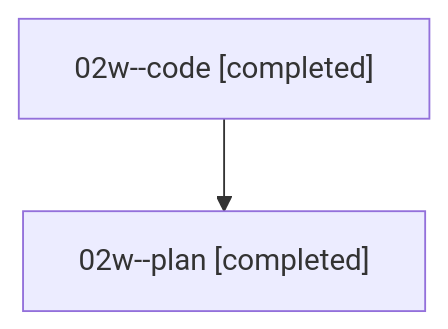
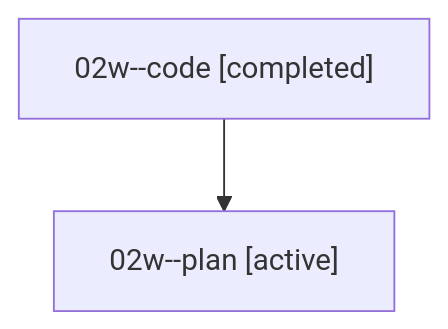
Before and after one commit to sase-org/sase--agents: the diagram in families/bbugyi200.athena.02w.md, drawn with Mermaid. The commit also changed other lines of this file and 35830 other files, not shown here.

````diff
--- a/families/bbugyi200.athena.02w.md
+++ b/families/bbugyi200.athena.02w.md
@@ -9,6 +9,6 @@
 ```mermaid
 flowchart TD
   n0["02w--code [completed]"]
-  n1["02w--plan [completed]"]
+  n1["02w--plan [active]"]
   n0 --> n1
 ```
````
